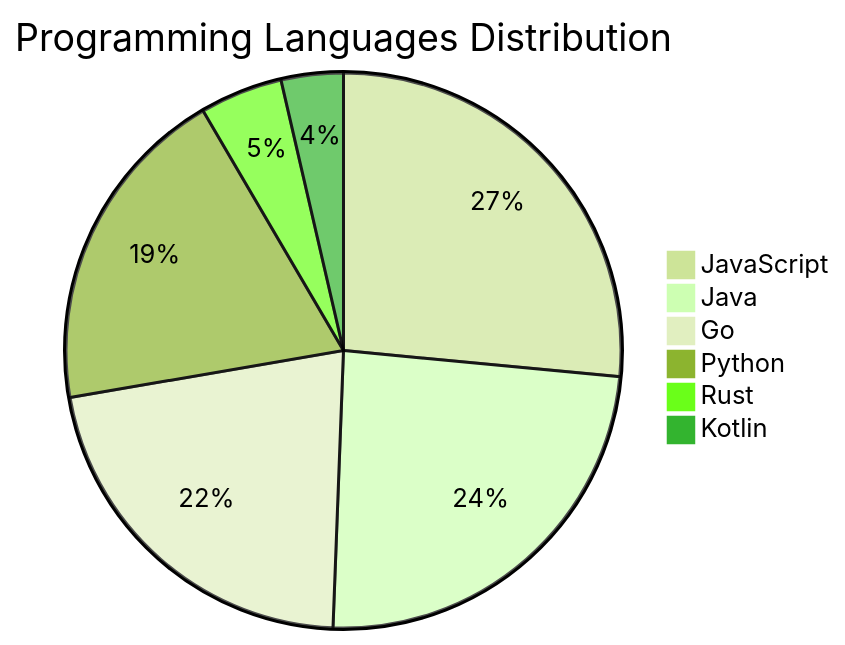
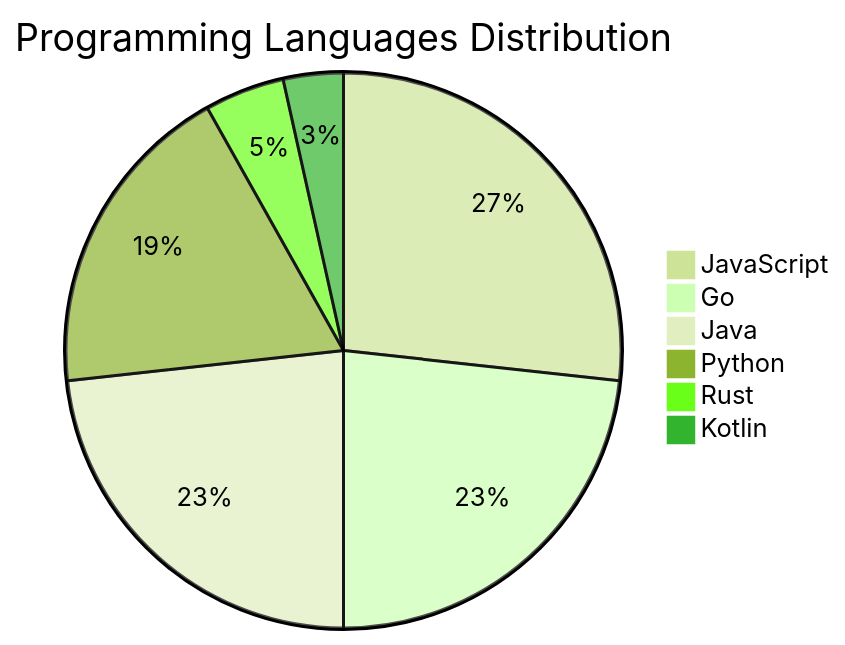
One commit to Derrick-MUGISHA/github-activity-bot changed the diagram in README.md. Above: the diagram before and after it, drawn with Mermaid (forest theme). The commit also changed other lines of this file and 3 other files, not shown here.

````diff
--- a/README.md
+++ b/README.md
@@ -72,9 +72,9 @@
 ```mermaid
 pie title Programming Languages Distribution
-    "JavaScript" : 22
+    "JavaScript" : 23
+    "Go" : 20
     "Java" : 20
-    "Go" : 18
     "Python" : 16
     "Rust" : 4
     "Kotlin" : 3
 ```
````
